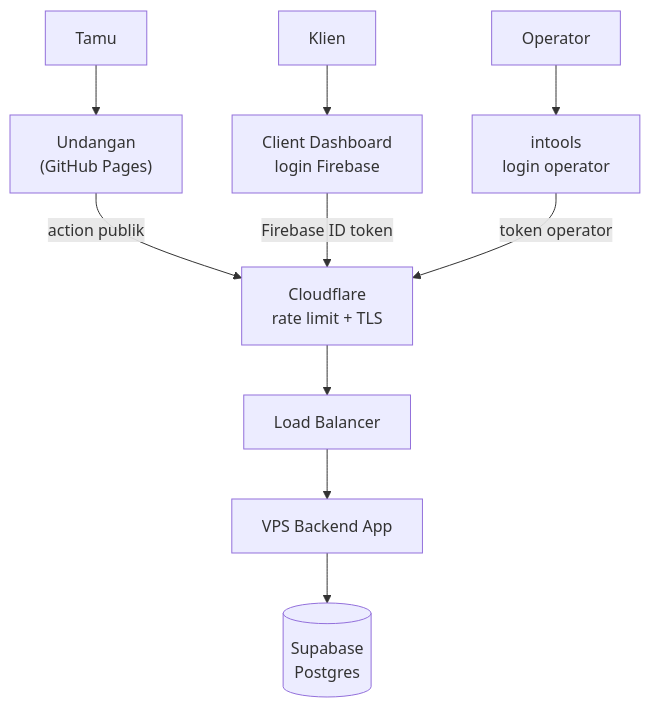
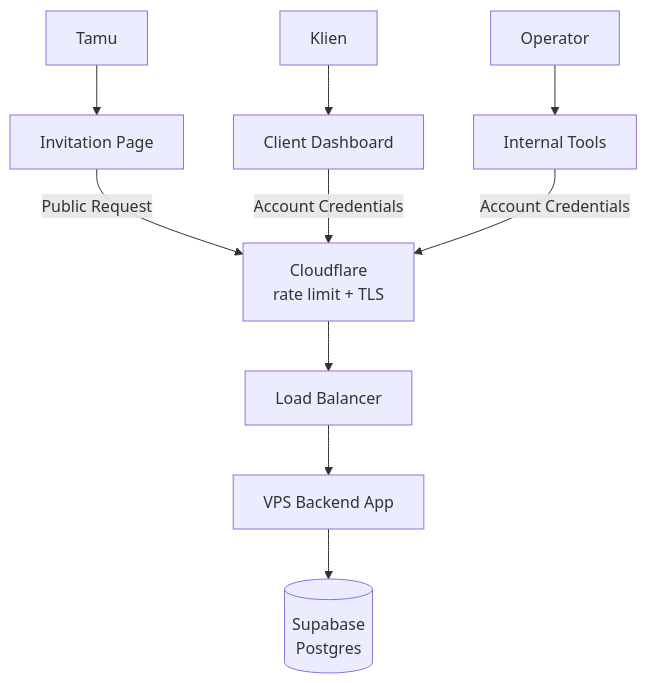
Before and after one commit to idindrakusuma/idindrakusuma.github.io: the second of 2 diagrams in content/posts/invitato-backend-dari-google-sheet-ke-postgres.mdx, drawn with Mermaid. The commit also changed other lines of this file and 2 other files, not shown here.

First line of the commit message:
Invitato post: keep diagrams and copy general for public readers

````diff
--- a/content/posts/invitato-backend-dari-google-sheet-ke-postgres.mdx
+++ b/content/posts/invitato-backend-dari-google-sheet-ke-postgres.mdx
@@ -51,12 +51,12 @@
 ```mermaid
 flowchart TB
-  Tamu --> Undangan["Undangan<br/>(GitHub Pages)"]
-  Klien --> Dashboard["Client Dashboard<br/>login Firebase"]
-  Operator --> Intools["intools<br/>login operator"]
-  Undangan -- "action publik" --> CF["Cloudflare<br/>rate limit + TLS"]
-  Dashboard -- "Firebase ID token" --> CF
-  Intools -- "token operator" --> CF
+  Tamu --> Undangan[Invitation Page]
+  Klien --> Dashboard[Client Dashboard]
+  Operator --> Intools[Internal Tools]
+  Undangan -- "Public Request" --> CF["Cloudflare<br/>rate limit + TLS"]
+  Dashboard -- "Account Credentials" --> CF
+  Intools -- "Account Credentials" --> CF
   CF --> LB[Load Balancer]
   LB --> API[VPS Backend App]
   API --> DB[("Supabase<br/>Postgres")]
 ```
````
